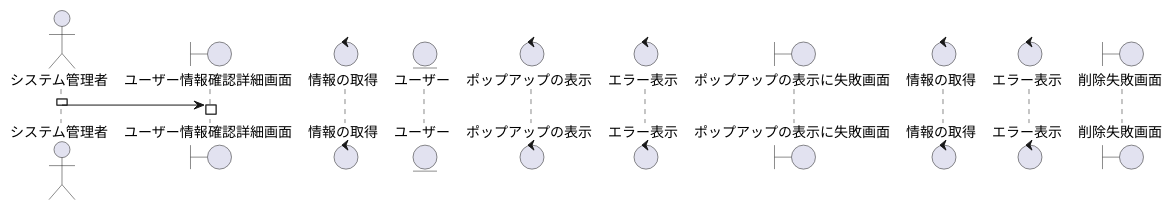
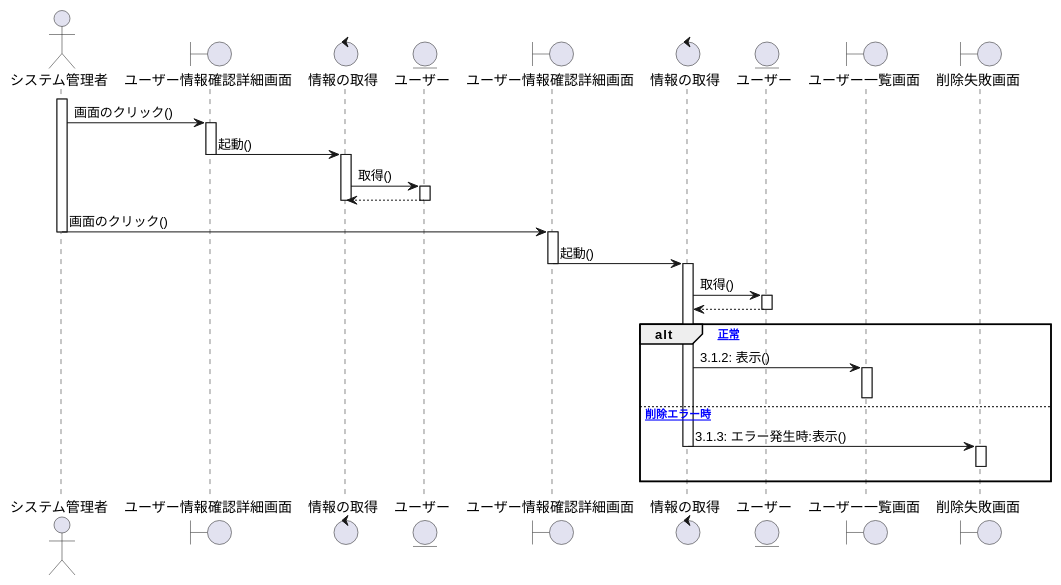
One commit to ksw2270227/GroupF changed the fifth of 6 diagrams in System.plantuml. Above: the diagram before and after it, drawn with PlantUML. The commit also changed other lines of this file and 1 other file, not shown here.

```diff
--- a/System.plantuml
+++ b/System.plantuml
@@ -203,17 +196,55 @@
 @startuml シーケンス図登録情報削除
 actor システム管理者
 boundary "ユーザー情報確認詳細画面" as userdetail
 control "情報の取得" as detail
 entity "ユーザー" as user
-control "ポップアップの表示" as display1
-control "エラー表示" as errordisplay
-boundary "ポップアップの表示に失敗画面" as display1error
+
+boundary "ユーザー情報確認詳細画面" as userdetail2
 control "情報の取得" as detail1
-control "エラー表示" as errordisplay1
+entity "ユーザー" as user2
+boundary "ユーザー一覧画面" as user3
 boundary "削除失敗画面" as errordelete
 
 activate システム管理者
-システム管理者 -> userdetail
+システム管理者 -> userdetail:画面のクリック()
+
+activate userdetail
+userdetail -> detail:起動()
+deactivate userdetail
+activate detail
+detail -> user:取得()
+activate user
+user --> detail
+deactivate detail
+deactivate user
+
+システム管理者 -> userdetail2:画面のクリック()
 deactivate システム管理者
-activate userdetail
+
+activate userdetail2
+userdetail2 -> detail1:起動()
+deactivate userdetail2
+
+
+
+activate detail1
+detail1 -> user2:取得()
+activate user2
+user2 --> detail1
+deactivate user2
+
+
+
+alt [正常]
+    detail1 -> user3 :3.1.2: 表示()
+activate user3
+deactivate user3
+else [削除エラー時]
+    detail1 -> errordelete :3.1.3: エラー発生時:表示()
+deactivate detail1
+activate errordelete
+errordelete -[hidden]-> errordelete
+deactivate errordelete
+end
+
 @enduml
```
